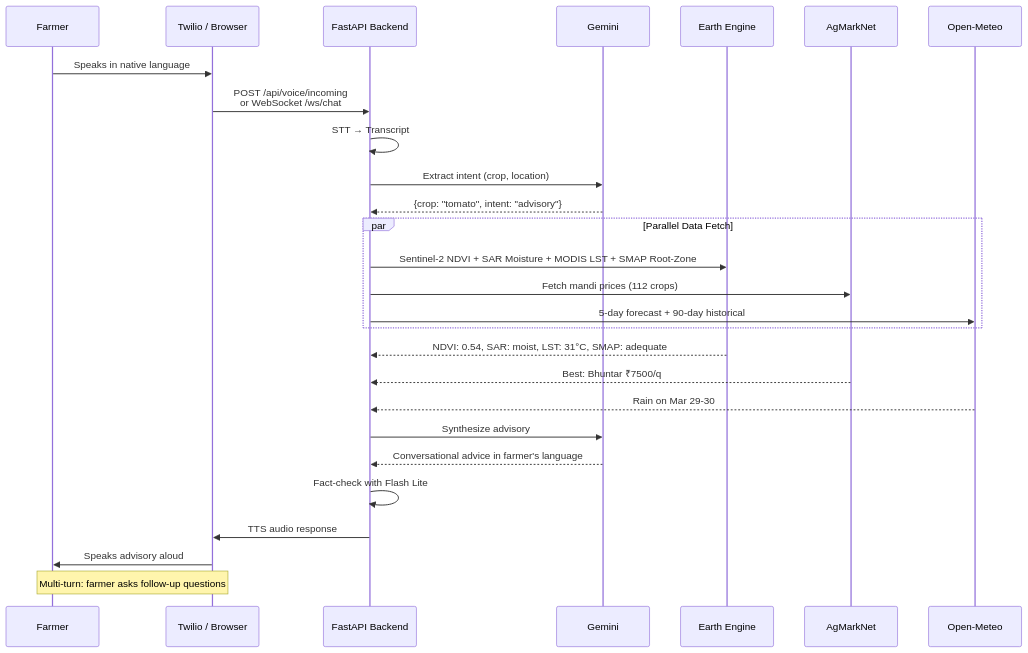
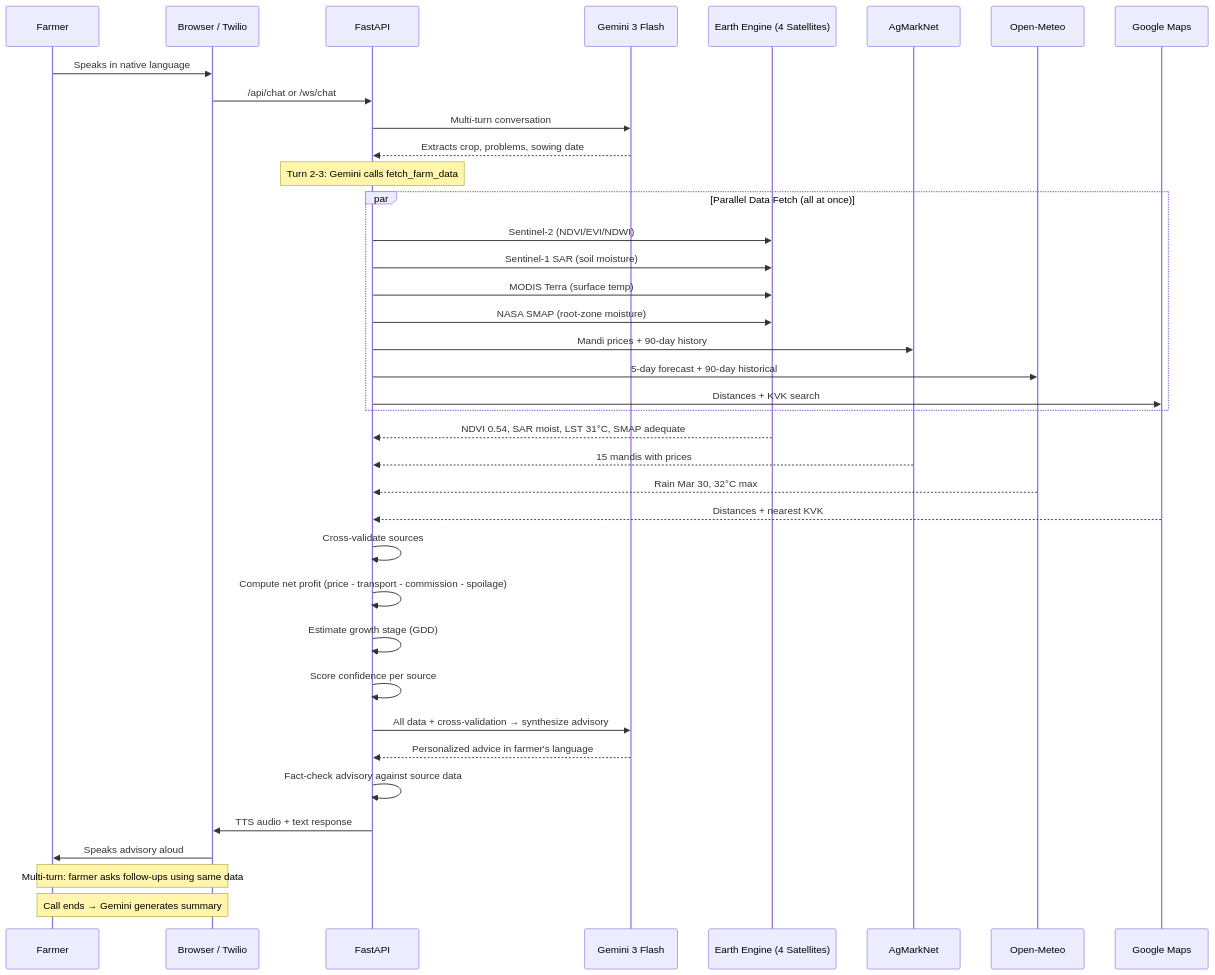
One commit to divyamohan1993/kisanmind changed the second of 2 diagrams in README.md. Above: the diagram before and after it, drawn with Mermaid. The commit also changed other lines of this file, not shown here.

First line of the commit message:
docs: comprehensive README update — all Mermaid diagrams, tech stack, data sources

````diff
--- a/README.md
+++ b/README.md
@@ -115,34 +124,47 @@
 ```mermaid
 sequenceDiagram
     participant F as Farmer
-    participant T as Twilio / Browser
-    participant BE as FastAPI Backend
-    participant G as Gemini
-    participant EE as Earth Engine
+    participant FE as Browser / Twilio
+    participant BE as FastAPI
+    participant G as Gemini 3 Flash
+    participant EE as Earth Engine (4 Satellites)
     participant AM as AgMarkNet
     participant WX as Open-Meteo
+    participant GM as Google Maps
 
-    F->>T: Speaks in native language
-    T->>BE: POST /api/voice/incoming<br/>or WebSocket /ws/chat
-    BE->>BE: STT → Transcript
-    BE->>G: Extract intent (crop, location)
-    G-->>BE: {crop: "tomato", intent: "advisory"}
+    F->>FE: Speaks in native language
+    FE->>BE: /api/chat or /ws/chat
+    BE->>G: Multi-turn conversation
+    G-->>BE: Extracts crop, problems, sowing date
+    Note over BE: Turn 2-3: Gemini calls fetch_farm_data
 
-    par Parallel Data Fetch
-        BE->>EE: Sentinel-2 NDVI + SAR Moisture + MODIS LST + SMAP Root-Zone
-        BE->>AM: Fetch mandi prices (112 crops)
+    par Parallel Data Fetch (all at once)
+        BE->>EE: Sentinel-2 (NDVI/EVI/NDWI)
+        BE->>EE: Sentinel-1 SAR (soil moisture)
+        BE->>EE: MODIS Terra (surface temp)
+        BE->>EE: NASA SMAP (root-zone moisture)
+        BE->>AM: Mandi prices + 90-day history
         BE->>WX: 5-day forecast + 90-day historical
+        BE->>GM: Distances + KVK search
     end
 
-    EE-->>BE: NDVI: 0.54, SAR: moist, LST: 31°C, SMAP: adequate
-    AM-->>BE: Best: Bhuntar ₹7500/q
-    WX-->>BE: Rain on Mar 29-30
+    EE-->>BE: NDVI 0.54, SAR moist, LST 31°C, SMAP adequate
+    AM-->>BE: 15 mandis with prices
+    WX-->>BE: Rain Mar 30, 32°C max
+    GM-->>BE: Distances + nearest KVK
 
-    BE->>G: Synthesize advisory
-    G-->>BE: Conversational advice in farmer's language
-    BE->>BE: Fact-check with Flash Lite
-    BE->>T: TTS audio response
-    T->>F: Speaks advisory aloud
+    BE->>BE: Cross-validate sources
+    BE->>BE: Compute net profit (price - transport - commission - spoilage)
+    BE->>BE: Estimate growth stage (GDD)
+    BE->>BE: Score confidence per source
 
-    Note over F,T: Multi-turn: farmer asks follow-up questions
+    BE->>G: All data + cross-validation → synthesize advisory
+    G-->>BE: Personalized advice in farmer's language
+    BE->>BE: Fact-check advisory against source data
+
+    BE->>FE: TTS audio + text response
+    FE->>F: Speaks advisory aloud
+
+    Note over F,FE: Multi-turn: farmer asks follow-ups using same data
+    Note over F,FE: Call ends → Gemini generates summary
 ```
````
